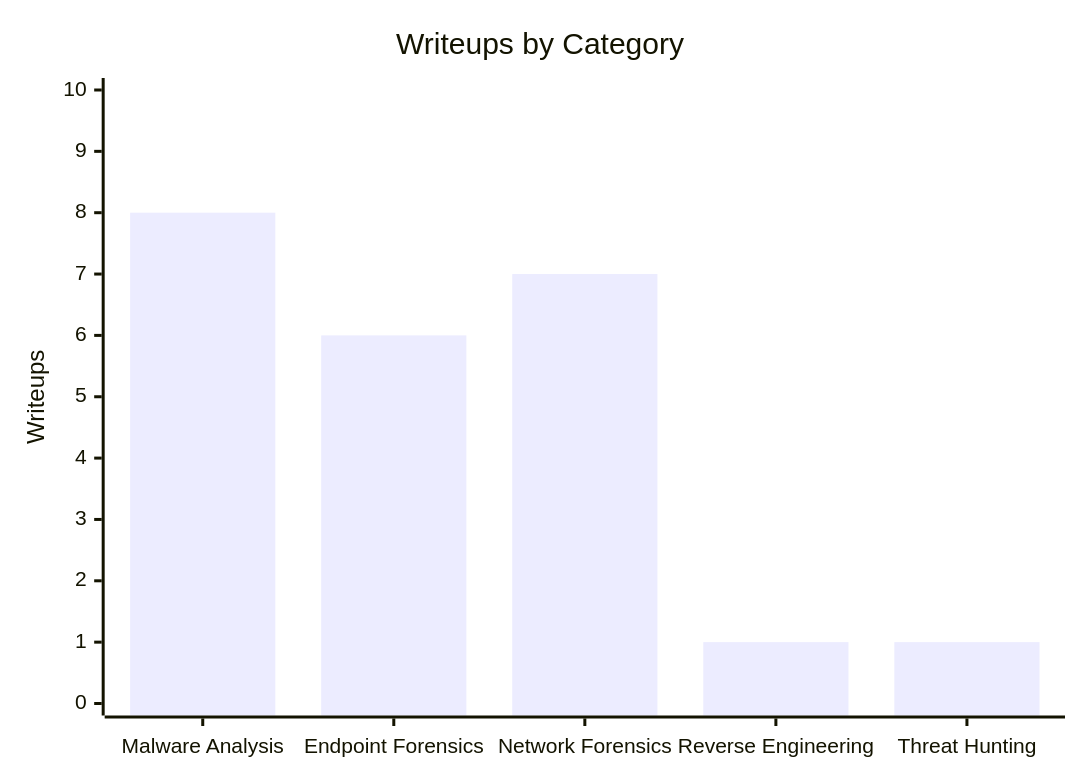
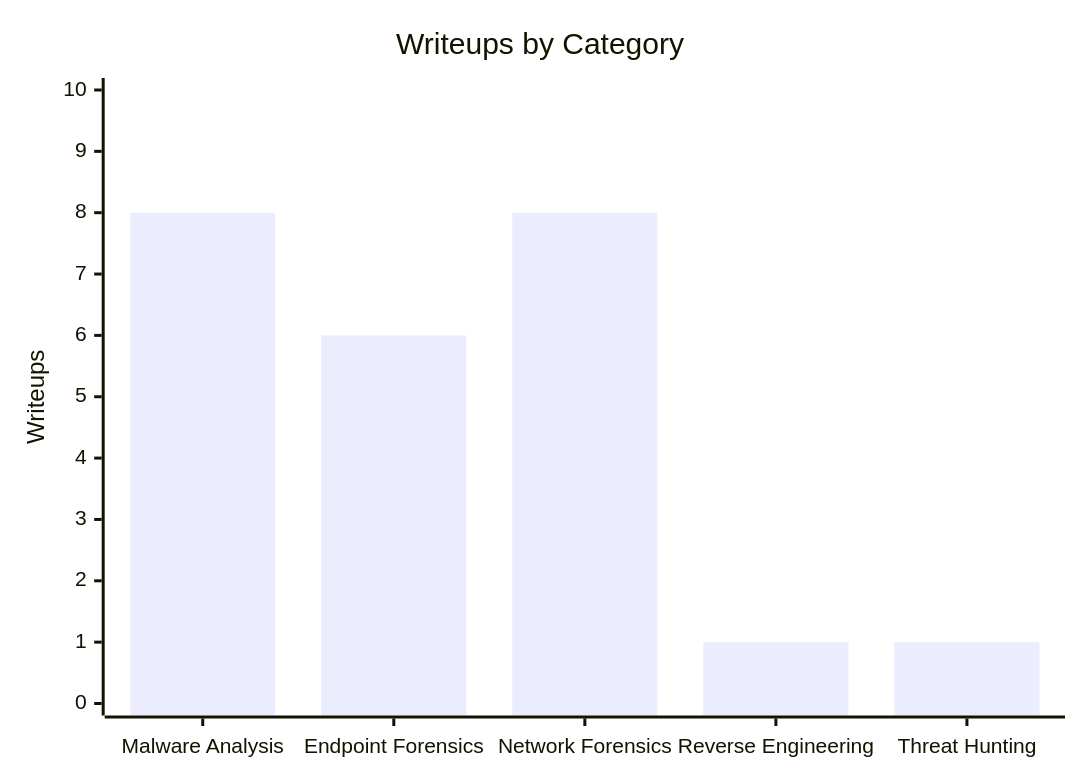
One commit to FrancisVillalon/cyberdefender-writeups changed the diagram in README.md. Above: the diagram before and after it, drawn with Mermaid. The commit also changed other lines of this file and 26 other files, not shown here.

````diff
--- a/README.md
+++ b/README.md
@@ -7,7 +7,7 @@
 ```mermaid
 xychart-beta
     title "Writeups by Category"
     x-axis ["Malware Analysis", "Endpoint Forensics", "Network Forensics", "Reverse Engineering", "Threat Hunting"]
     y-axis "Writeups" 0 --> 10
-    bar [8, 6, 7, 1, 1]
+    bar [8, 6, 8, 1, 1]
 ```
````
